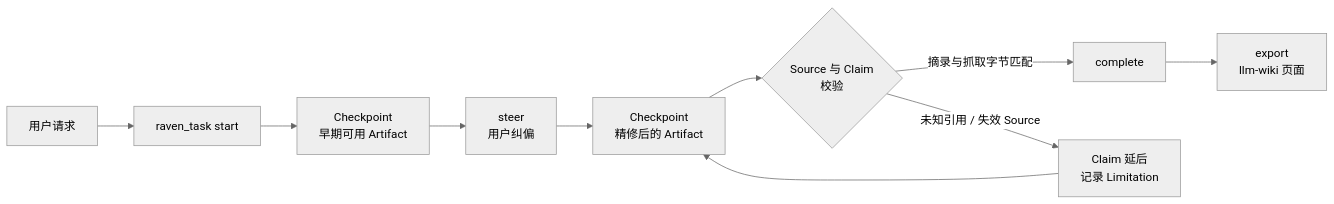
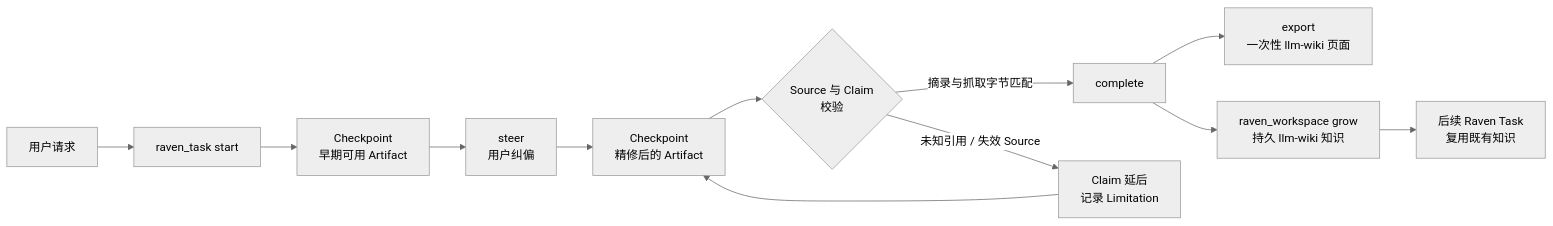
One commit to wxxb789/dsh-raven-research changed the diagram in README.zh.md. Above: the diagram before and after it, drawn with Mermaid (neutral theme). The commit also changed other lines of this file and 22 other files, not shown here.

Commit message:
feat: add durable Raven Workspace

````diff
--- a/README.zh.md
+++ b/README.zh.md
@@ -454,12 +488,14 @@
 ```mermaid
 flowchart LR
   U[用户请求] --> S["raven_task start"]
   S --> C1["Checkpoint<br/>早期可用 Artifact"]
   C1 --> ST["steer<br/>用户纠偏"]
   ST --> C2["Checkpoint<br/>精修后的 Artifact"]
   C2 --> V{"Source 与 Claim<br/>校验"}
   V -- "摘录与抓取字节匹配" --> D["complete"]
   V -- "未知引用 / 失效 Source" --> L["Claim 延后<br/>记录 Limitation"]
   L --> C2
-  D --> E["export<br/>llm-wiki 页面"]
+  D --> E["export<br/>一次性 llm-wiki 页面"]
+  D --> W["raven_workspace grow<br/>持久 llm-wiki 知识"]
+  W --> S2["后续 Raven Task<br/>复用既有知识"]
 ```
````
